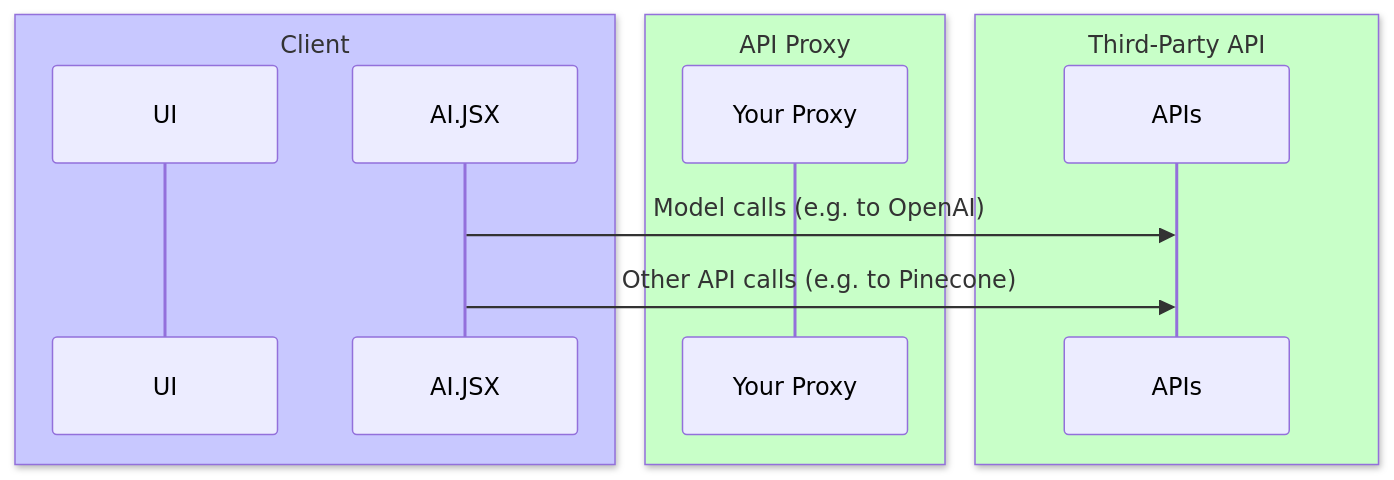
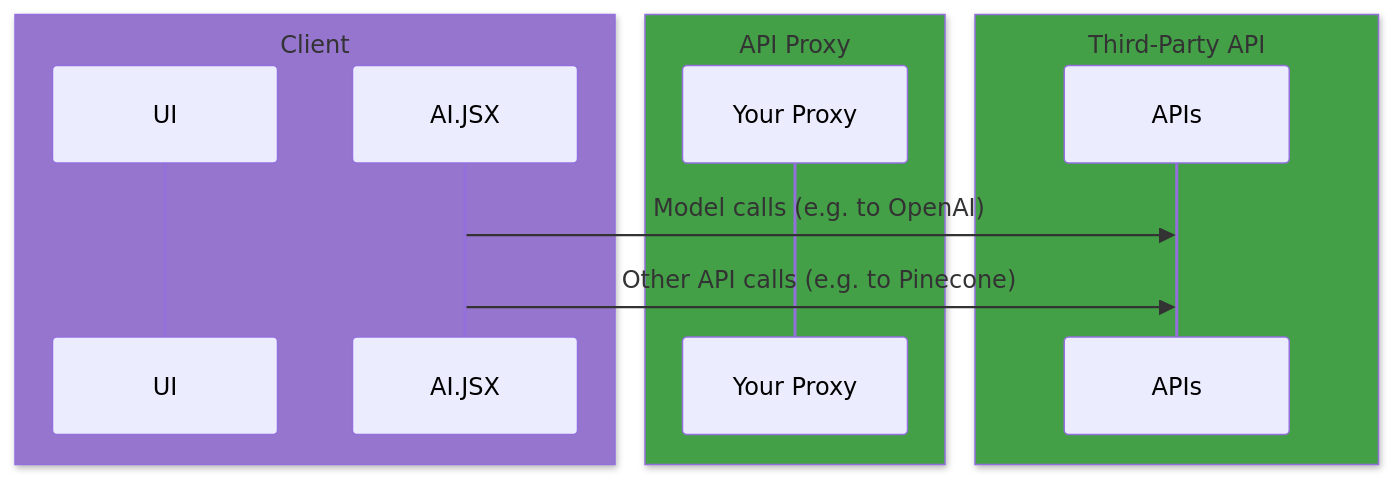
Before and after one commit to fixie-ai/ai-jsx: the second of 5 diagrams in packages/docs/docs/guides/architecture.md, drawn with Mermaid. The commit also changed other lines of this file, not shown here.

Commit message:
docs: improve arch diagrams in dark mode

````diff
--- a/packages/docs/docs/guides/architecture.md
+++ b/packages/docs/docs/guides/architecture.md
@@ -73,15 +73,15 @@
 ```mermaid
 sequenceDiagram
-    box rgb(200, 200, 255) Client
+    box rgb(149, 117, 205) Client
     participant UI
     participant AI.JSX
     end
-    box rgb(200, 255, 200) API Proxy
+    box rgb(67, 160, 71) API Proxy
     participant Your Proxy
     end
     AI.JSX->>APIs: Model calls (e.g. to OpenAI)
     AI.JSX->>APIs: Other API calls (e.g. to Pinecone)
-    box rgb(200, 255, 200) Third-Party API
+    box rgb(67, 160, 71) Third-Party API
     participant APIs
     end
 ```
````
